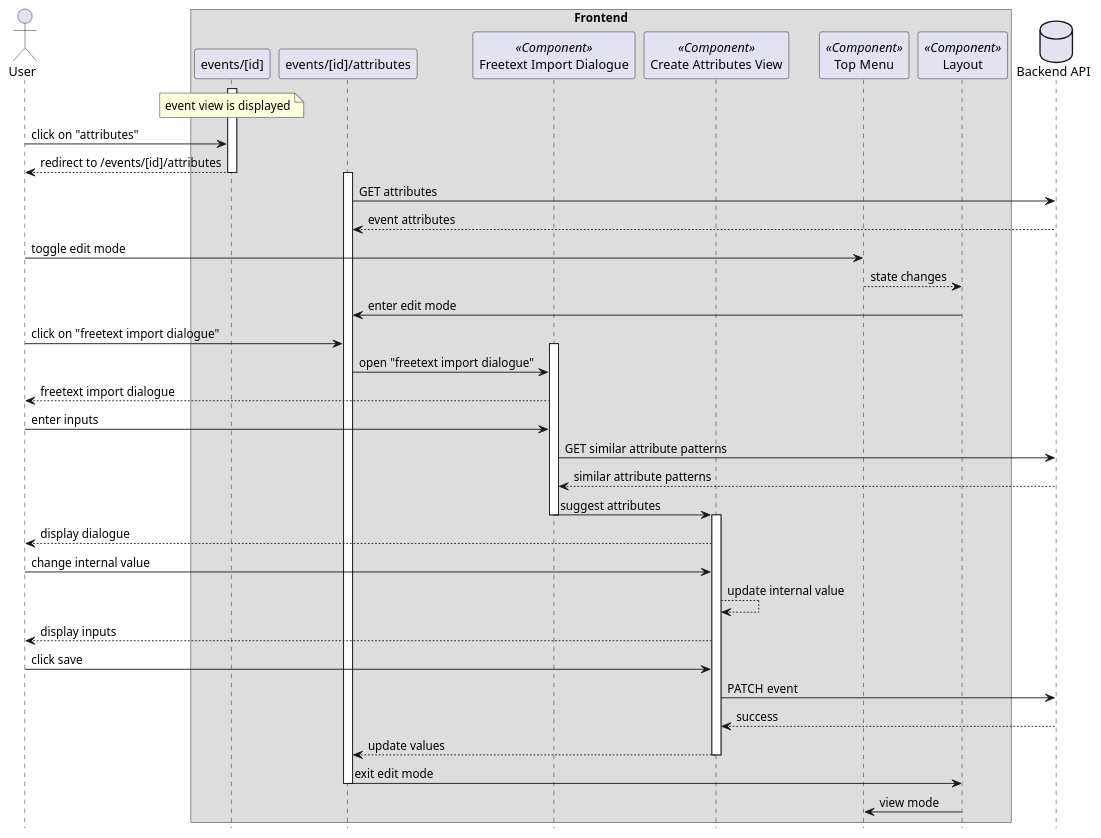
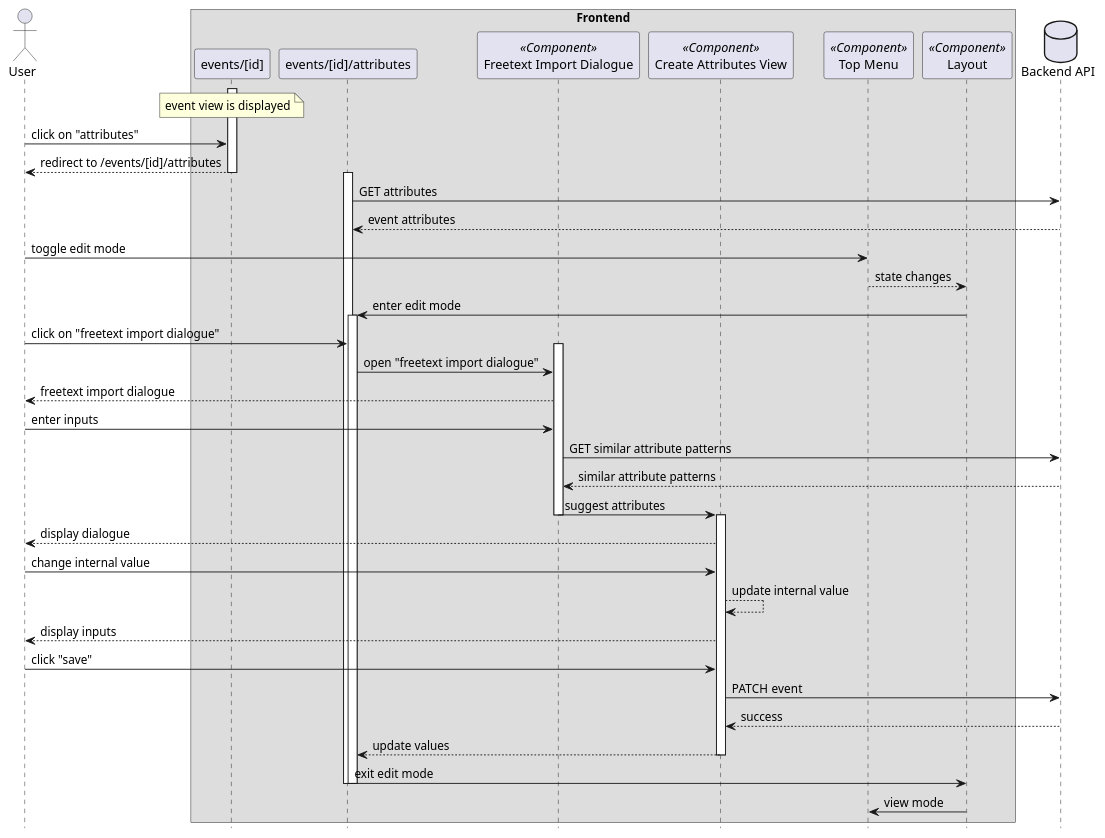
Before and after one commit to Modern-MISP/frontend: the diagram in docs/sequencediagrams/plantuml/freetext_import.plantuml, drawn with PlantUML.

Commit message:
double activate in edit mode

```diff
--- a/docs/sequencediagrams/plantuml/freetext_import.plantuml
+++ b/docs/sequencediagrams/plantuml/freetext_import.plantuml
@@ -1,56 +1,58 @@
 @startuml
 hide footbox
 
 actor User as user
 box "Frontend"
 participant "events/[id]" as eventview
 participant "events/[id]/attributes" as attributelist
 participant "Freetext Import Dialogue" as freetextdialogue <<Component>>
 participant "Create Attributes View" as createattributesview <<Component>>
 participant "Top Menu" as topmenu <<Component>>
 participant "Layout" as layout <<Component>>
 end box
 database "Backend API" as api
 
 note over eventview : event view is displayed
 
 activate eventview
 user -> eventview : click on "attributes"
 eventview --> user : redirect to /events/[id]/attributes
 deactivate eventview
 
 activate attributelist
 attributelist -> api : GET attributes
 api --> attributelist : event attributes
 
 user -> topmenu : toggle edit mode
 topmenu --> layout : state changes
 layout -> attributelist : enter edit mode
+activate attributelist
 user -> attributelist : click on "freetext import dialogue"
 
 
 activate freetextdialogue
 attributelist -> freetextdialogue : open "freetext import dialogue"
 freetextdialogue --> user : freetext import dialogue
 user -> freetextdialogue : enter inputs
 freetextdialogue -> api : GET similar attribute patterns
 api --> freetextdialogue : similar attribute patterns
 
 freetextdialogue -> createattributesview : suggest attributes
 deactivate freetextdialogue
 activate createattributesview
 createattributesview --> user : display dialogue
 user -> createattributesview : change internal value
 createattributesview --> createattributesview : update internal value
 createattributesview --> user : display inputs 
-user -> createattributesview : click save
+user -> createattributesview : click "save"
 
 createattributesview -> api : PATCH event
 api --> createattributesview : success
 createattributesview --> attributelist : update values
 deactivate createattributesview
 
 attributelist -> layout : exit edit mode
 deactivate attributelist
+deactivate attributelist
 layout -> topmenu : view mode
 @enduml
```
